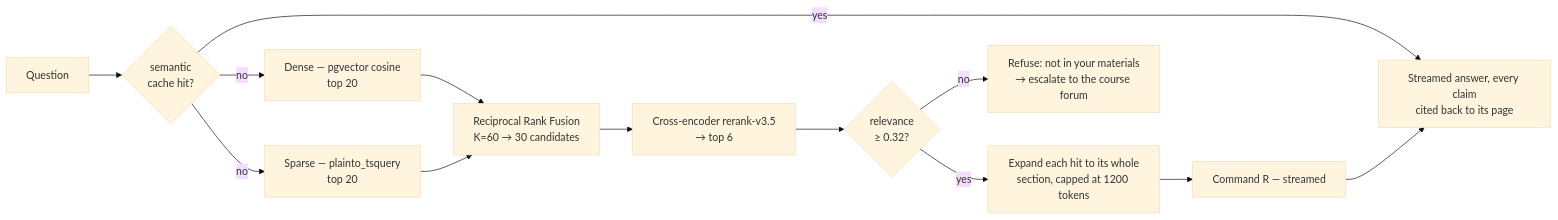
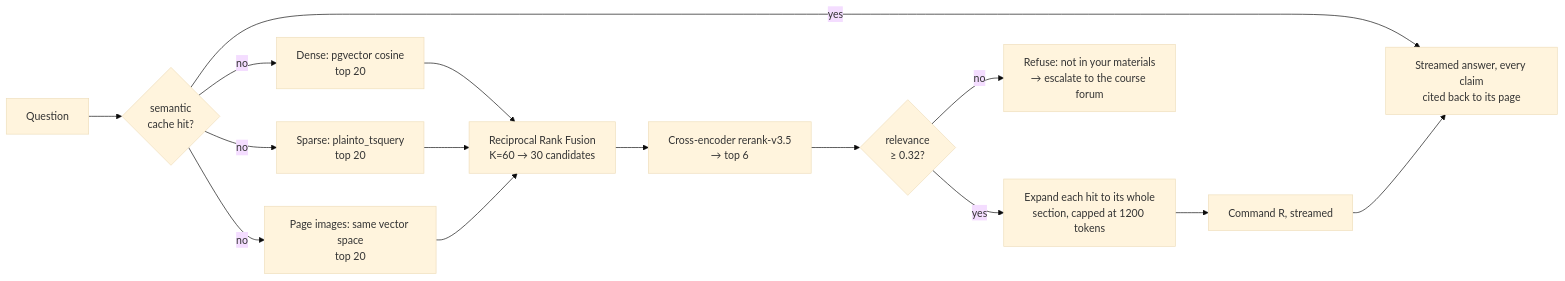
The third of 3 diagrams in README.md (human-netizen/STUDYLOOP), drawn with Mermaid (base theme) before and after one commit. The commit also changed other lines of this file and 47 other files, not shown here.

Commit message:
Embed figure pages as images and fuse them as a third ranked list

````diff
--- a/README.md
+++ b/README.md
@@ -310,15 +352,17 @@
 ```mermaid
 flowchart LR
     Q["Question"] --> CACHE{"semantic<br/>cache hit?"}
     CACHE -->|yes| OUT["Streamed answer, every claim<br/>cited back to its page"]
-    CACHE -->|no| VS["Dense — pgvector cosine<br/>top 20"]
-    CACHE -->|no| FT["Sparse — plainto_tsquery<br/>top 20"]
+    CACHE -->|no| VS["Dense: pgvector cosine<br/>top 20"]
+    CACHE -->|no| FT["Sparse: plainto_tsquery<br/>top 20"]
+    CACHE -->|no| IMG["Page images: same vector space<br/>top 20"]
     VS --> RRF["Reciprocal Rank Fusion<br/>K=60 → 30 candidates"]
     FT --> RRF
+    IMG --> RRF
     RRF --> RR["Cross-encoder rerank-v3.5<br/>→ top 6"]
     RR --> G{"relevance<br/>≥ 0.32?"}
     G -->|no| REF["Refuse: not in your materials<br/>→ escalate to the course forum"]
     G -->|yes| EX["Expand each hit to its whole<br/>section, capped at 1200 tokens"]
-    EX --> LLM["Command R — streamed"]
+    EX --> LLM["Command R, streamed"]
     LLM --> OUT
 ```
````
